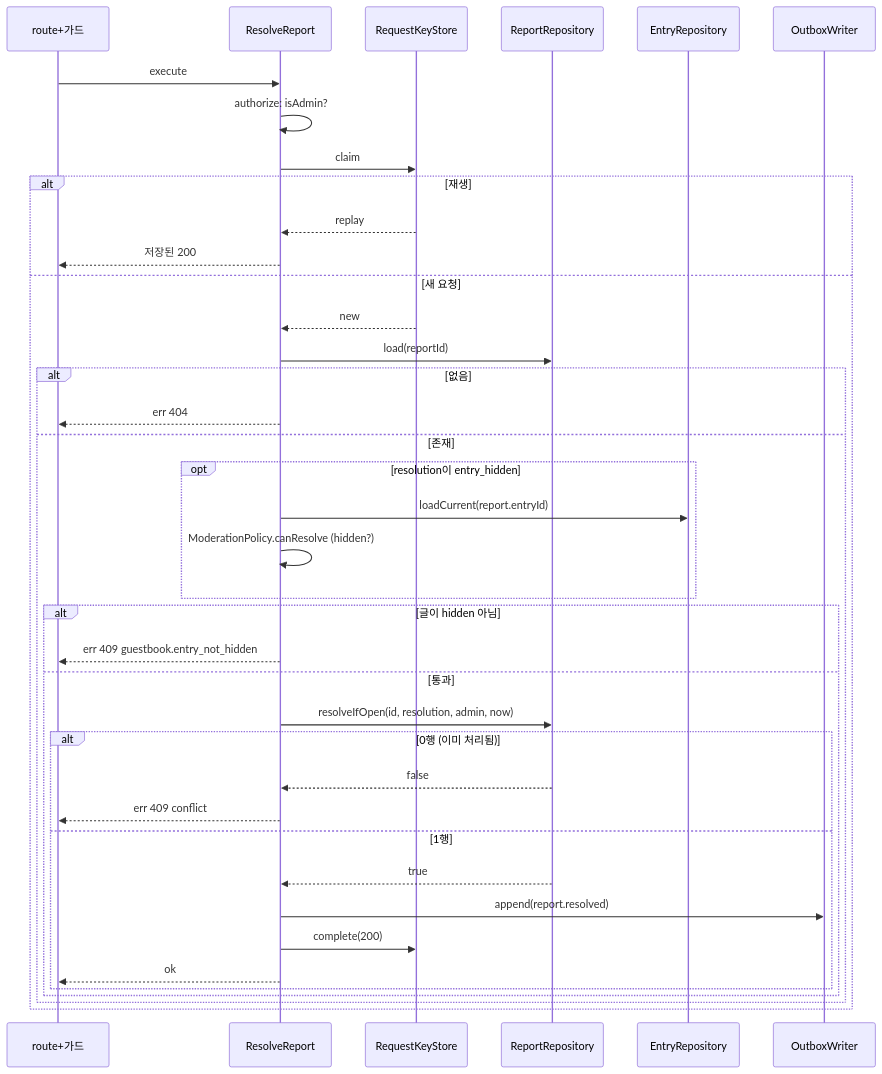
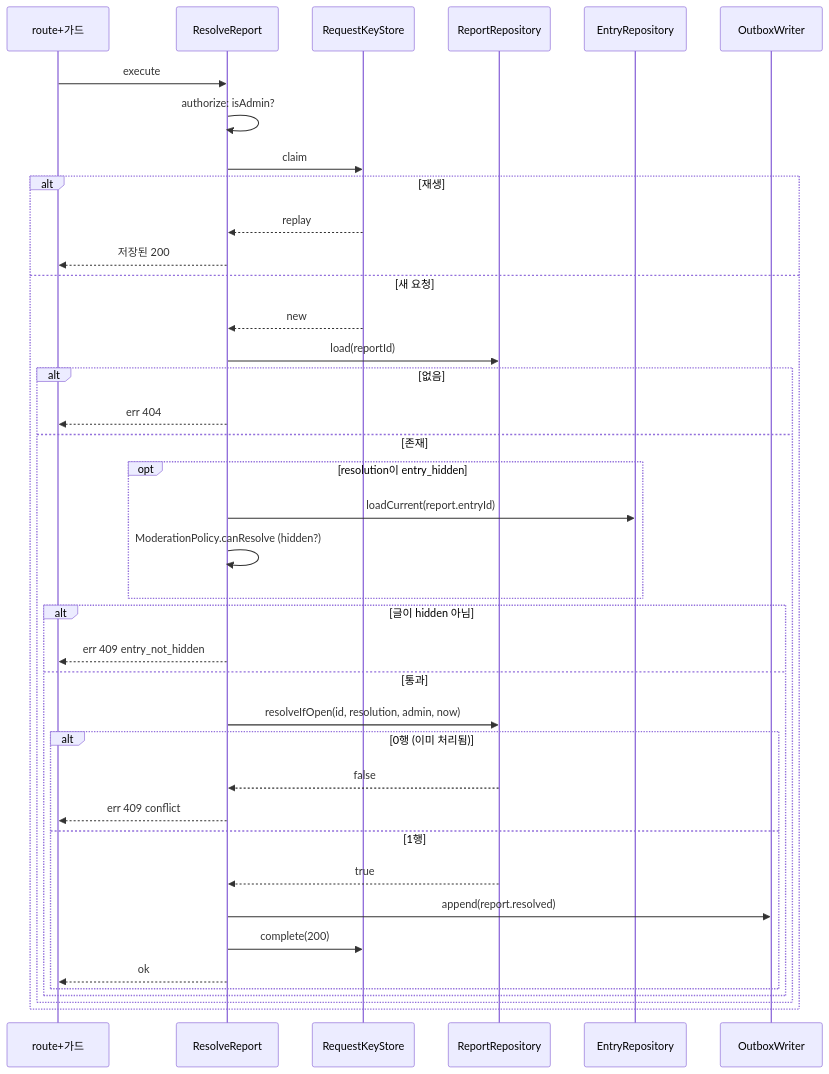
One commit to 1985jwlee/portpolio_backend changed diagram 32 of 41 in docs/design/features/11-guestbook-write.md. Above: the diagram before and after it, drawn with Mermaid. The commit also changed other lines of this file and 33 other files, not shown here.

````diff
--- a/docs/design/features/11-guestbook-write.md
+++ b/docs/design/features/11-guestbook-write.md
@@ -1619,41 +1612,41 @@
 ```mermaid
 sequenceDiagram
     participant R as route+가드
     participant H as ResolveReport
     participant K as RequestKeyStore
     participant P as ReportRepository
     participant E as EntryRepository
     participant O as OutboxWriter
     R->>H: execute
     H->>H: authorize: isAdmin?
     H->>K: claim
     alt 재생
         K-->>H: replay
         H-->>R: 저장된 200
     else 새 요청
         K-->>H: new
         H->>P: load(reportId)
         alt 없음
             H-->>R: err 404
         else 존재
             opt resolution이 entry_hidden
                 H->>E: loadCurrent(report.entryId)
                 H->>H: ModerationPolicy.canResolve (hidden?)
             end
             alt 글이 hidden 아님
-                H-->>R: err 409 guestbook.entry_not_hidden
+                H-->>R: err 409 entry_not_hidden
             else 통과
                 H->>P: resolveIfOpen(id, resolution, admin, now)
                 alt 0행 (이미 처리됨)
                     P-->>H: false
                     H-->>R: err 409 conflict
                 else 1행
                     P-->>H: true
                     H->>O: append(report.resolved)
                     H->>K: complete(200)
                     H-->>R: ok
                 end
             end
         end
     end
 ```
````
